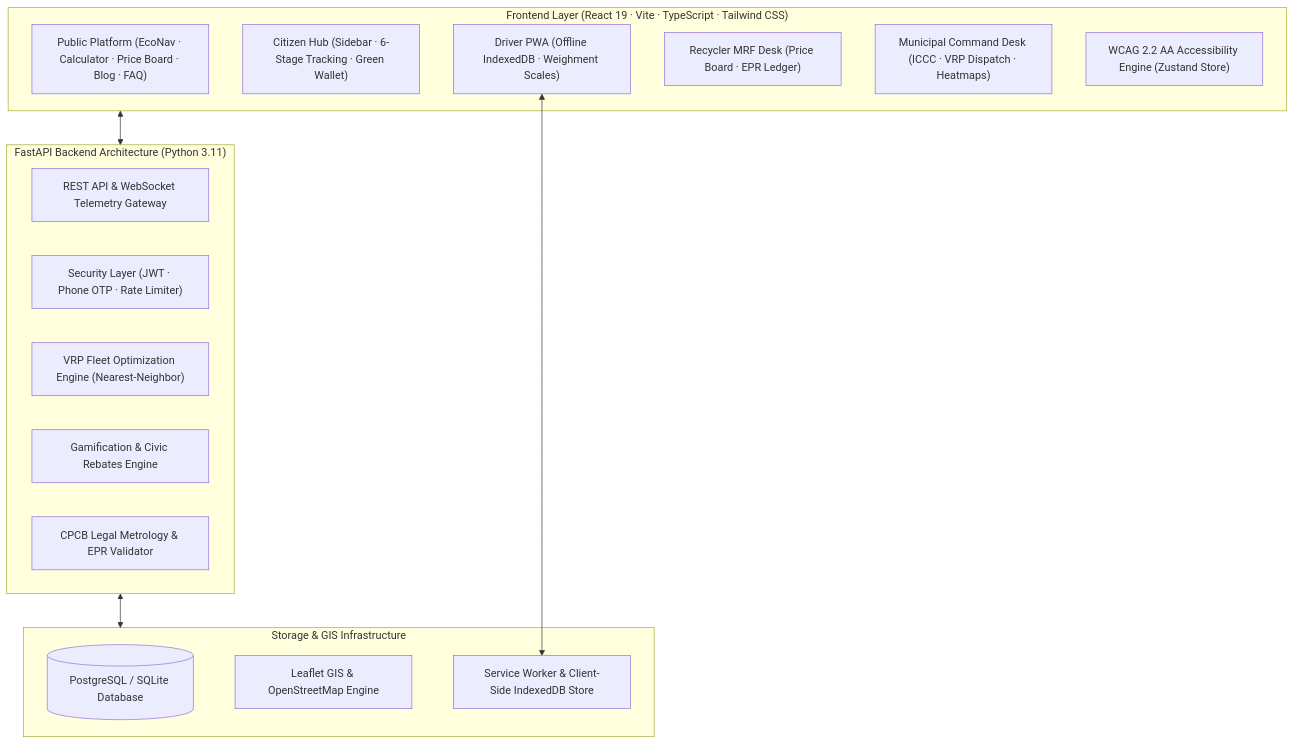
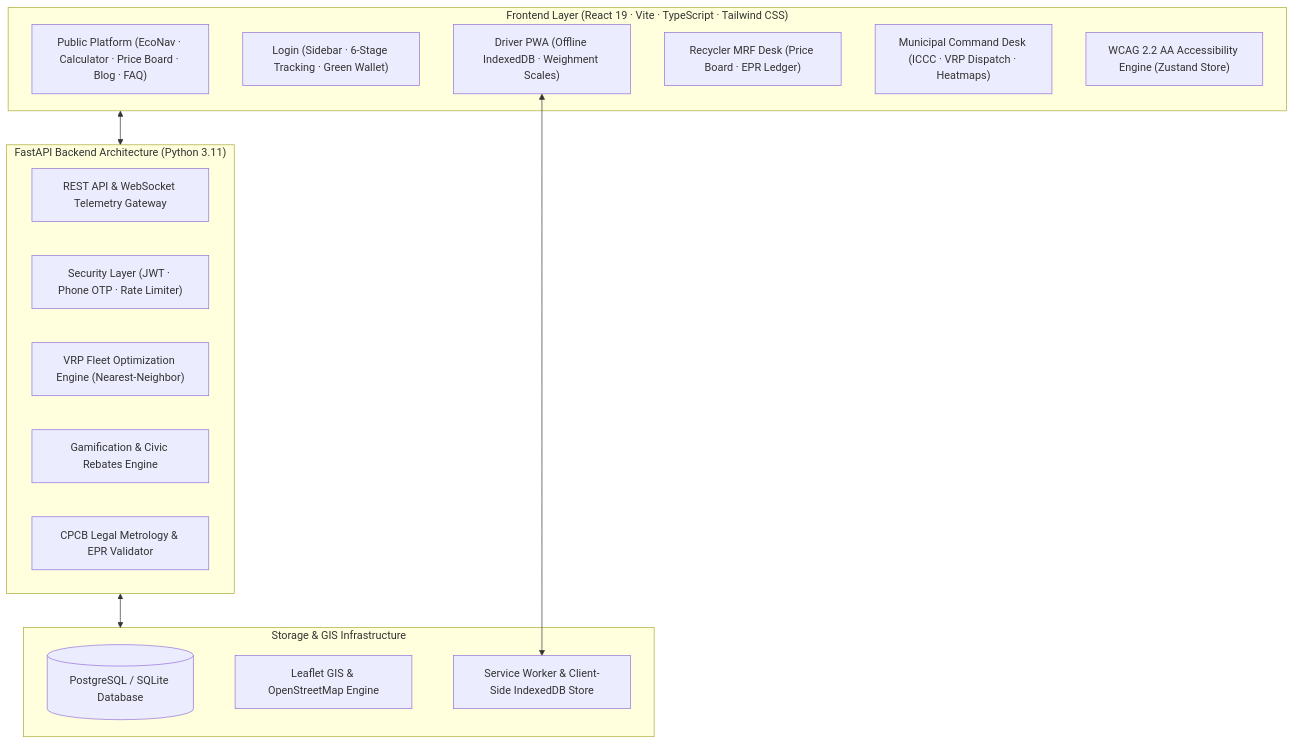
Before and after one commit to ShivhareYashvi/EcoSync-Smart-Municipal-Waste-Management: the second of 2 diagrams in README.md, drawn with Mermaid. The commit also changed other lines of this file and 10 other files, not shown here.

````diff
--- a/README.md
+++ b/README.md
@@ -148,29 +160,29 @@
 ```mermaid
 flowchart TD
     subgraph UI["Frontend Layer (React 19 · Vite · TypeScript · Tailwind CSS)"]
         A["Public Platform (EcoNav · Calculator · Price Board · Blog · FAQ)"]
-        B["Citizen Hub (Sidebar · 6-Stage Tracking · Green Wallet)"]
+        B["Login (Sidebar · 6-Stage Tracking · Green Wallet)"]
         C["Driver PWA (Offline IndexedDB · Weighment Scales)"]
         D["Recycler MRF Desk (Price Board · EPR Ledger)"]
         E["Municipal Command Desk (ICCC · VRP Dispatch · Heatmaps)"]
         F["WCAG 2.2 AA Accessibility Engine (Zustand Store)"]
     end
 
     subgraph API["FastAPI Backend Architecture (Python 3.11)"]
         G["REST API & WebSocket Telemetry Gateway"]
         H["Security Layer (JWT · Phone OTP · Rate Limiter)"]
         I["VRP Fleet Optimization Engine (Nearest-Neighbor)"]
         J["Gamification & Civic Rebates Engine"]
         K["CPCB Legal Metrology & EPR Validator"]
     end
 
     subgraph DB["Storage & GIS Infrastructure"]
         L[("PostgreSQL / SQLite Database")]
         M["Leaflet GIS & OpenStreetMap Engine"]
         N["Service Worker & Client-Side IndexedDB Store"]
     end
 
     UI <--> API
     API <--> DB
     C <--> N
 ```
````
